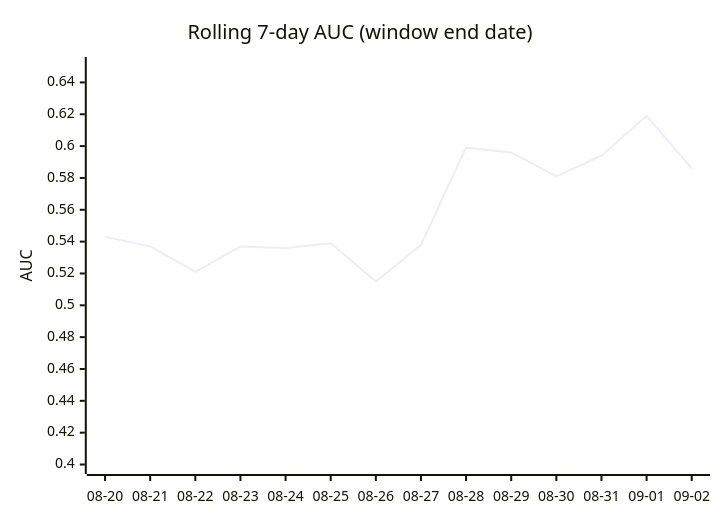
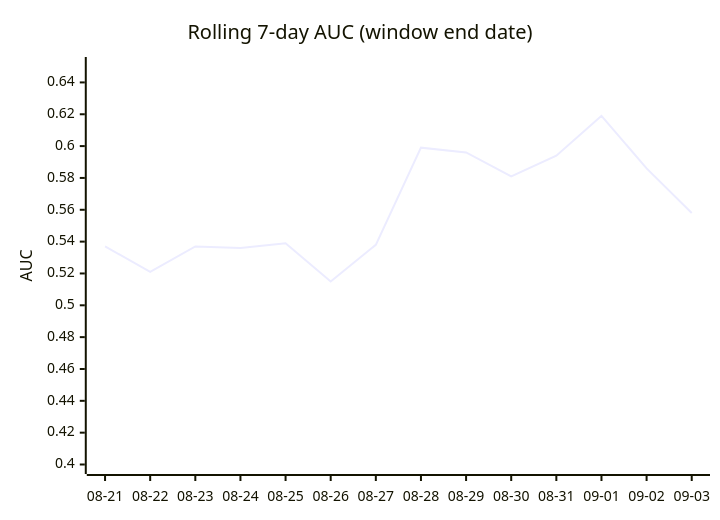
Before and after one commit to dpk1212/nhl-savant: the third of 4 diagrams in DAILY_AGSU_REPORT.md, drawn with Mermaid. The commit also changed other lines of this file, not shown here.

````diff
--- a/DAILY_AGSU_REPORT.md
+++ b/DAILY_AGSU_REPORT.md
@@ -849,7 +851,7 @@
 ```mermaid
 xychart-beta
     title "Rolling 7-day AUC (window end date)"
-    x-axis ["08-20", "08-21", "08-22", "08-23", "08-24", "08-25", "08-26", "08-27", "08-28", "08-29", "08-30", "08-31", "09-01", "09-02"]
+    x-axis ["08-21", "08-22", "08-23", "08-24", "08-25", "08-26", "08-27", "08-28", "08-29", "08-30", "08-31", "09-01", "09-02", "09-03"]
     y-axis "AUC" 0.4 --> 0.65
-    line [0.543, 0.537, 0.521, 0.537, 0.536, 0.539, 0.515, 0.538, 0.599, 0.596, 0.581, 0.594, 0.619, 0.586]
+    line [0.537, 0.521, 0.537, 0.536, 0.539, 0.515, 0.538, 0.599, 0.596, 0.581, 0.594, 0.619, 0.586, 0.558]
 ```
````
